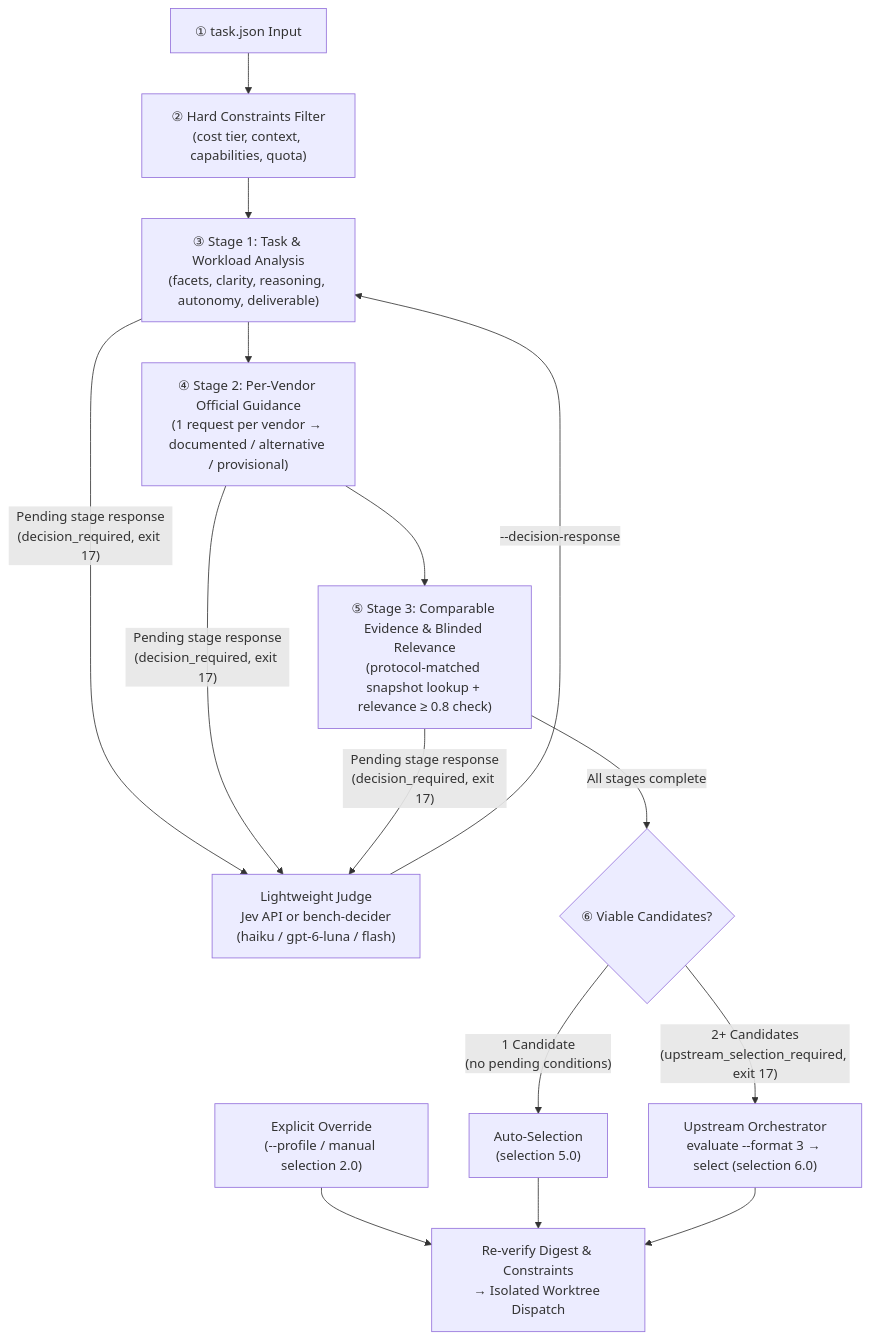
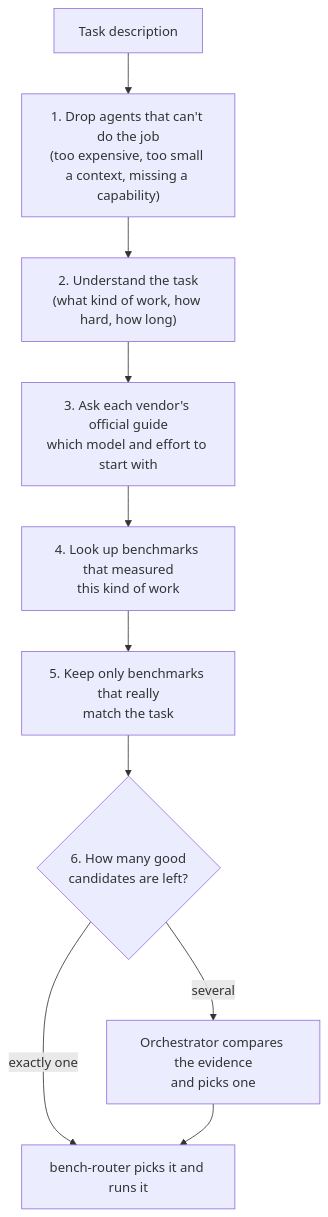
The second of 2 diagrams in README.md (hjlim4u/bench-router), drawn with Mermaid before and after one commit. The commit also changed other lines of this file and 2 other files, not shown here.

First line of the commit message:
docs: use bench-router command in examples and explain routing in plain language

````diff
--- a/README.md
+++ b/README.md
@@ -70,15 +70,12 @@
 ```mermaid
 flowchart TD
-    T["① task.json Input"] --> F["② Hard Constraints Filter<br/>(cost tier, context, capabilities, quota)"]
-    F --> P1["③ Stage 1: Task & Workload Analysis<br/>(facets, clarity, reasoning, autonomy, deliverable)"]
-    P1 --> P2["④ Stage 2: Per-Vendor Official Guidance<br/>(1 request per vendor → documented / alternative / provisional)"]
-    P2 --> P3["⑤ Stage 3: Comparable Evidence & Blinded Relevance<br/>(protocol-matched snapshot lookup + relevance ≥ 0.8 check)"]
-    P1 & P2 & P3 -- "Pending stage response<br/>(decision_required, exit 17)" --> D["Lightweight Judge<br/>Jev API or bench-decider<br/>(haiku / gpt-6-luna / flash)"]
-    D -- "--decision-response" --> P1
-    P3 -- "All stages complete" --> C{"⑥ Viable Candidates?"}
-    C -- "1 Candidate<br/>(no pending conditions)" --> A["Auto-Selection<br/>(selection 5.0)"]
-    C -- "2+ Candidates<br/>(upstream_selection_required, exit 17)" --> U["Upstream Orchestrator<br/>evaluate --format 3 → select (selection 6.0)"]
-    M["Explicit Override<br/>(--profile / manual selection 2.0)"] --> R
-    A --> R["Re-verify Digest & Constraints<br/>→ Isolated Worktree Dispatch"]
+    T["Task description"] --> F["1. Drop agents that can't do the job<br/>(too expensive, too small a context, missing a capability)"]
+    F --> A["2. Understand the task<br/>(what kind of work, how hard, how long)"]
+    A --> G["3. Ask each vendor's official guide<br/>which model and effort to start with"]
+    G --> E["4. Look up benchmarks that measured<br/>this kind of work"]
+    E --> V["5. Keep only benchmarks that really<br/>match the task"]
+    V --> C{"6. How many good<br/>candidates are left?"}
+    C -- "exactly one" --> R["bench-router picks it and runs it"]
+    C -- "several" --> U["Orchestrator compares the evidence<br/>and picks one"]
     U --> R
 ```
````
